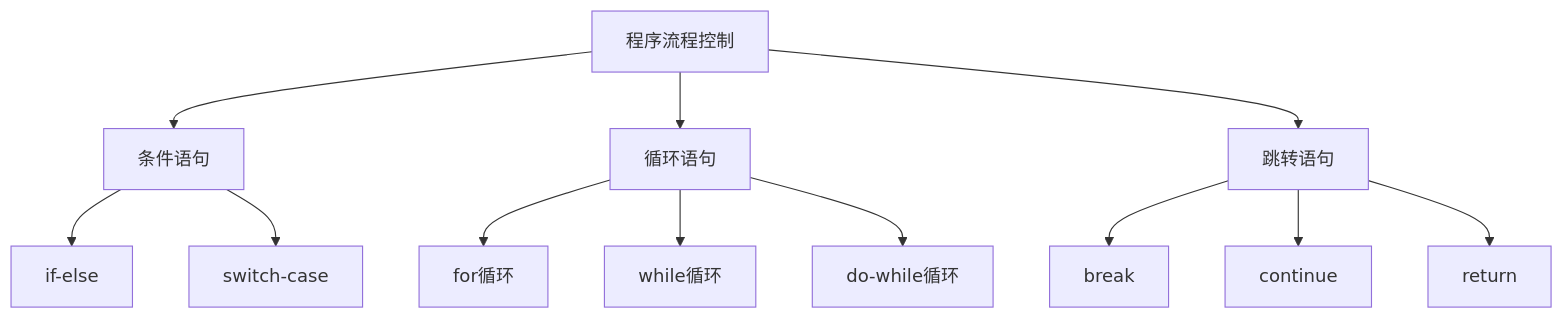
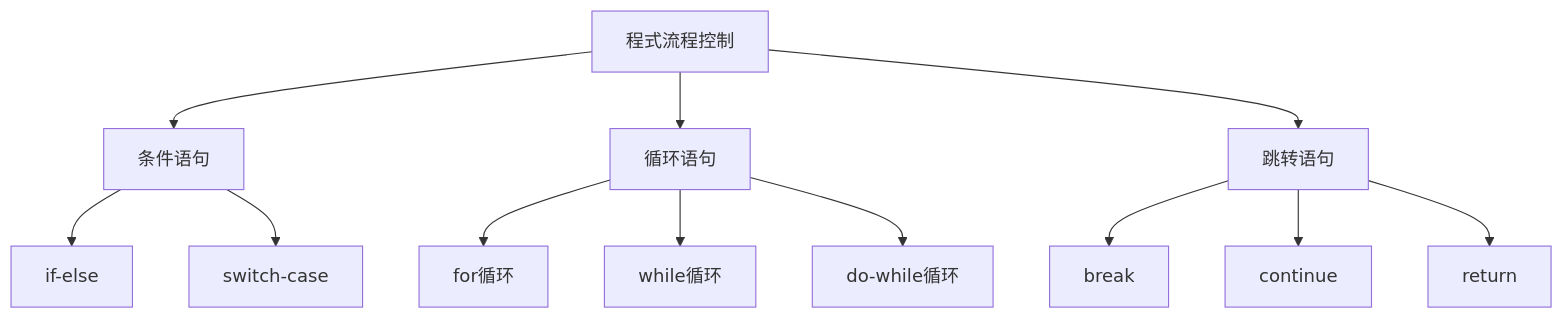
Before and after one commit to kmjade/knowledge-value: the diagram in 3 Resources/01-Tech/Programming/MQL4-MQL5/01-基础入门/MQL4函数与控制流.md, drawn with Mermaid. The commit also changed other lines of this file and 653 other files, not shown here.

````diff
--- a/3 Resources/01-Tech/Programming/MQL4-MQL5/01-基础入门/MQL4函数与控制流.md
+++ b/3 Resources/01-Tech/Programming/MQL4-MQL5/01-基础入门/MQL4函数与控制流.md
@@ -17,17 +17,17 @@
 ```mermaid
 graph TB
-    A[程序流程控制] --> B[条件语句]
+    A[程式流程控制] --> B[条件语句]
     A --> C[循环语句]
     A --> D[跳转语句]
     
     B --> B1[if-else]
     B --> B2[switch-case]
     
     C --> C1[for循环]
     C --> C2[while循环]
     C --> C3[do-while循环]
     
     D --> D1[break]
     D --> D2[continue]
     D --> D3[return]
 ```
````
